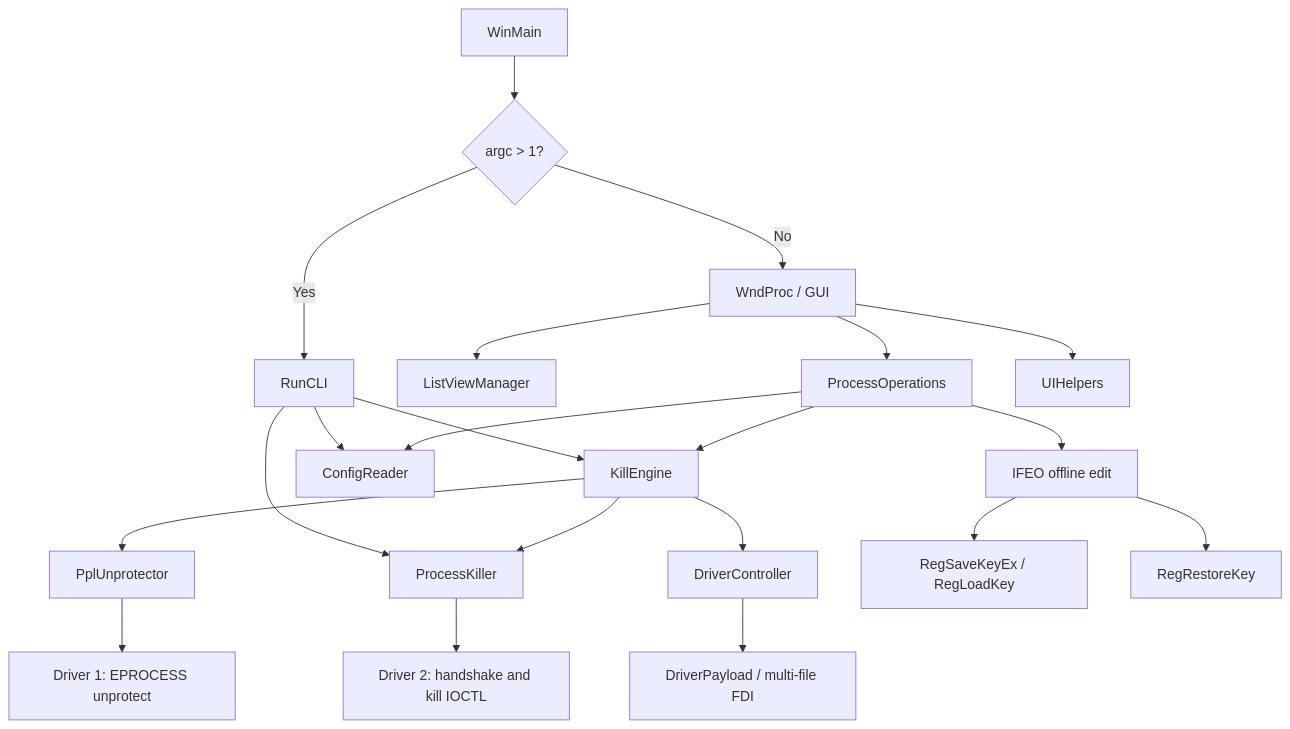
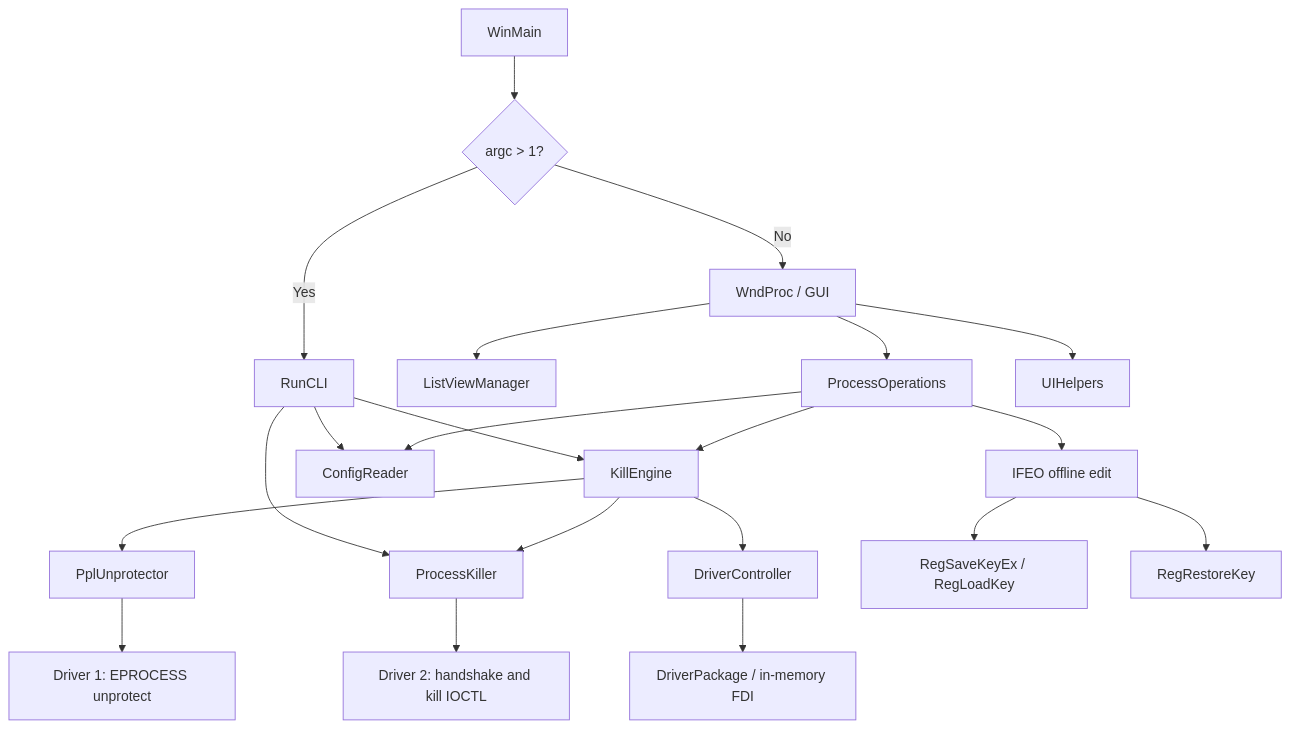
Before and after one commit to wesmar/kvcKiller: the first of 5 diagrams in README.md, drawn with Mermaid. The commit also changed other lines of this file and 52 other files, not shown here.

````diff
--- a/README.md
+++ b/README.md
@@ -137,23 +150,23 @@
 ```mermaid
 flowchart TD
     A[WinMain] --> B{argc > 1?}
     B -->|Yes| C[RunCLI]
     B -->|No| D[WndProc / GUI]
     D --> E[ListViewManager]
     D --> F[ProcessOperations]
     D --> G[UIHelpers]
     F --> H[KillEngine]
     H --> I[PplUnprotector]
     H --> J[ProcessKiller]
     H --> K[DriverController]
-    K --> L[DriverPayload / multi-file FDI]
+    K --> L[DriverPackage / in-memory FDI]
     I --> M[Driver 1: EPROCESS unprotect]
     J --> N[Driver 2: handshake and kill IOCTL]
     F --> R[ConfigReader]
     F --> O[IFEO offline edit]
     O --> P[RegSaveKeyEx / RegLoadKey]
     O --> Q[RegRestoreKey]
     C --> H
     C --> J
     C --> R
 ```
````
